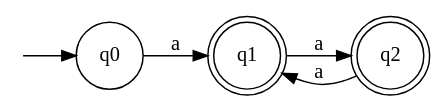
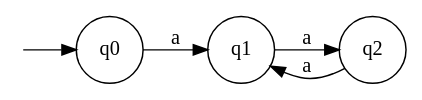
The diagram in src/fileparser/test3.dot (ricardocerq/FEUP-COMP), drawn with Graphviz before and after one commit. The commit also changed 15 other files, not shown here.

```diff
--- a/src/fileparser/test3.dot
+++ b/src/fileparser/test3.dot
@@ -1,11 +1,9 @@
 digraph {
 	rankdir=LR;
 	node [shape=point,color=white,fontcolor=white]; start;
-	node [shape=circle, color=black, fontcolor=black]; q0;
-	node [shape=doublecircle, color=black, fontcolor=black]; q1;
-	node [shape=doublecircle, color=black, fontcolor=black]; q2;
+	node [shape=circle, color=black, fontcolor=black]; q0 q1 q2;
 	start -> q0;
 	q0 -> q1 [label="a"];
 	q1 -> q2 [label="a"];
 	q2 -> q1 [label="a"];
 }
```
